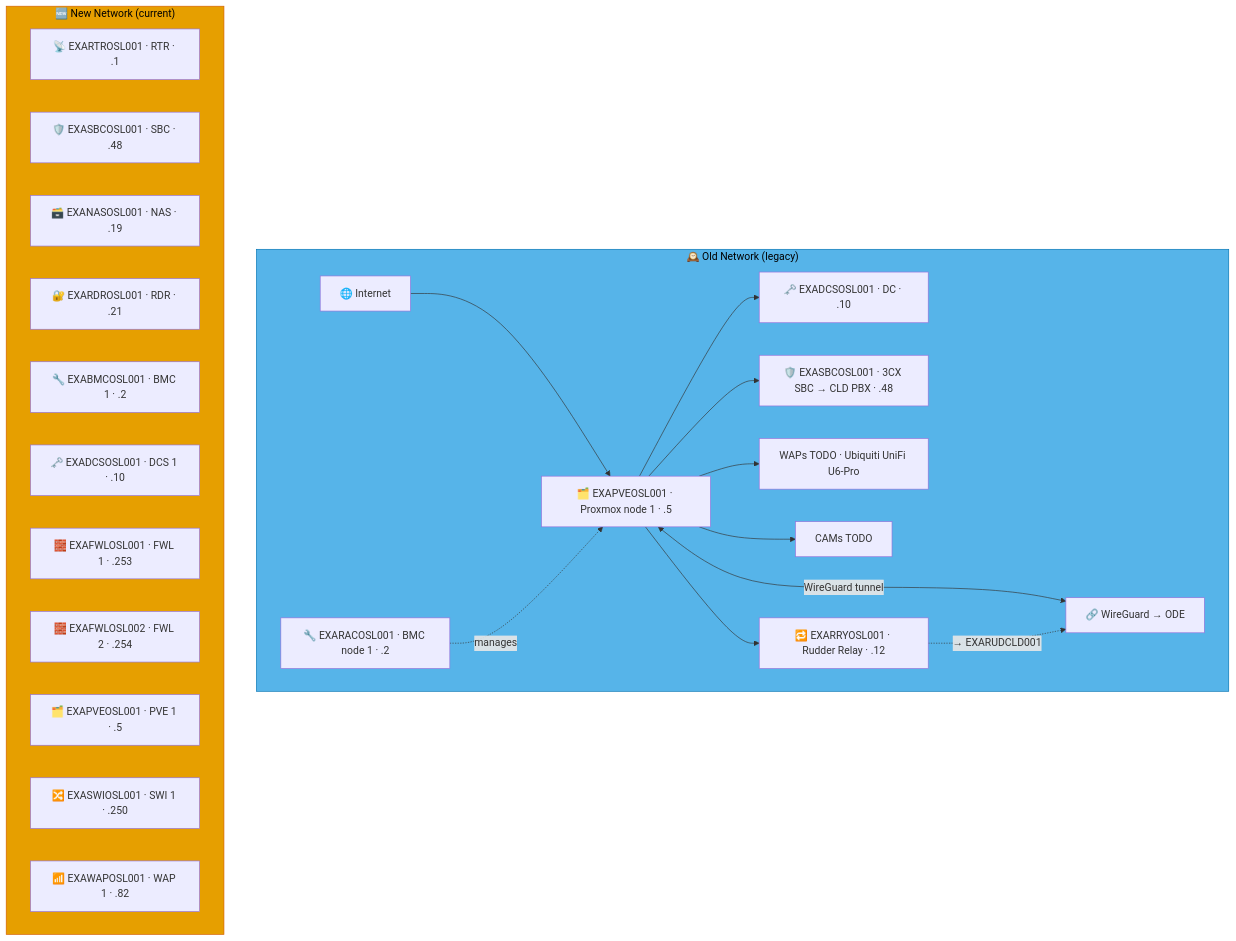
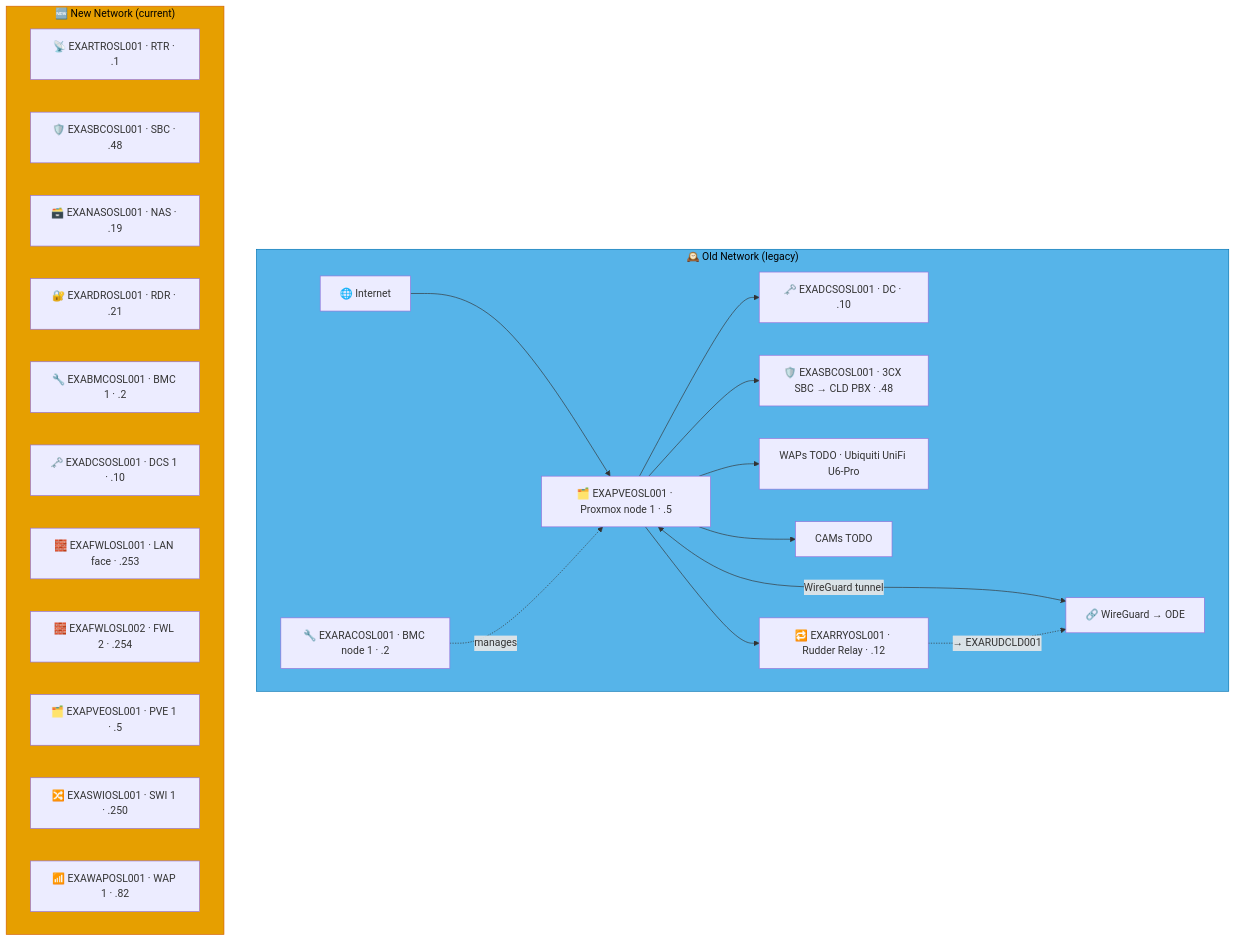
One commit to knightmare2600/example_music_infra changed the diagram in docs/network-diagram/norge.md. Above: the diagram before and after it, drawn with Mermaid. The commit also changed 17 other files, not shown here.

````diff
--- a/docs/network-diagram/norge.md
+++ b/docs/network-diagram/norge.md
@@ -16,39 +16,39 @@
 ```mermaid
 graph TD
     subgraph OLD_OSL ["🕰️ Old Network (legacy)"]
       INET["🌐 Internet"]
       RAC["🔧 EXARACOSL001 · BMC node 1 · .2"]
       PVE["🗂️ EXAPVEOSL001 · Proxmox node 1 · .5"]
       DC["🗝️ EXADCSOSL001 · DC · .10"]
       SBC["🛡️ EXASBCOSL001 · 3CX SBC → CLD PBX · .48"]
       RRY["🔁 EXARRYOSL001 · Rudder Relay · .12"]
       WAP["WAPs TODO · Ubiquiti UniFi U6-Pro"]
       CAM["CAMs TODO"]
       VPN["🔗 WireGuard → ODE"]
 
       INET --> PVE --> DC & SBC
       RAC -.->|"manages"| PVE
       PVE --> WAP & CAM
       PVE <-->|"WireGuard tunnel"| VPN
 
       PVE --> RRY
       RRY -. "→ EXARUDCLD001" .-> VPN
     end
     style OLD_OSL fill:#56B4E9,stroke:#0072B2,color:#000000
     %% GENERATED:NEW-NETWORK:OSL:START
     subgraph NEW_OSL ["🆕 New Network (current)"]
       N_RTR["📡 EXARTROSL001 · RTR · .1"]
       N_SBC["🛡️ EXASBCOSL001 · SBC · .48"]
       N_NAS["🗃️ EXANASOSL001 · NAS · .19"]
       N_RDR["🔐 EXARDROSL001 · RDR · .21"]
       N_BMC["🔧 EXABMCOSL001 · BMC 1 · .2"]
       N_DCS["🗝️ EXADCSOSL001 · DCS 1 · .10"]
-      N_FWL["🧱 EXAFWLOSL001 · FWL 1 · .253"]
+      N_FWL["🧱 EXAFWLOSL001 · LAN face · .253"]
       N_FWL2["🧱 EXAFWLOSL002 · FWL 2 · .254"]
       N_PVE["🗂️ EXAPVEOSL001 · PVE 1 · .5"]
       N_SWI["🔀 EXASWIOSL001 · SWI 1 · .250"]
       N_WAP["📶 EXAWAPOSL001 · WAP 1 · .82"]
     end
     style NEW_OSL fill:#E69F00,stroke:#D55E00,color:#000000
     %% GENERATED:NEW-NETWORK:OSL:END
 ```
````
